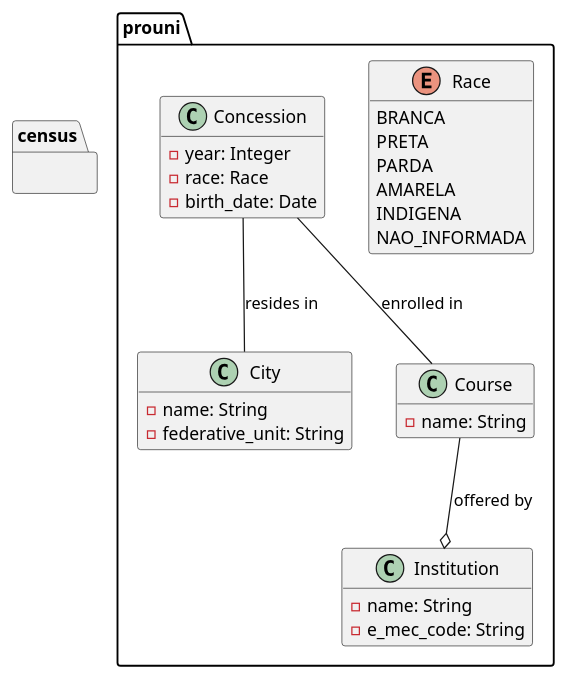
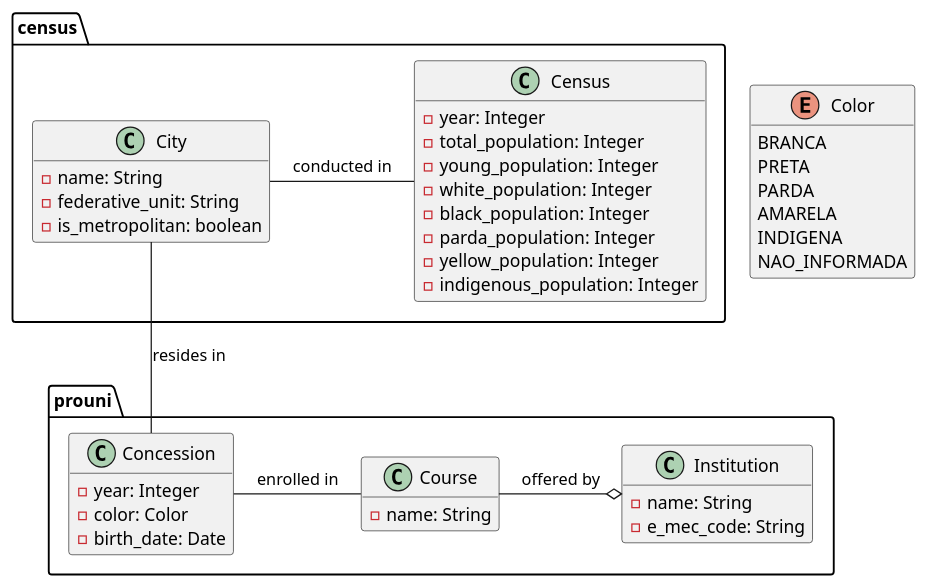
Before and after one commit to TortinhasQuixotescas/dcc166_trabalho_3: the diagram in database/class_diagram.plantuml, drawn with PlantUML. The commit also changed 5 other files, not shown here.

```diff
--- a/database/class_diagram.plantuml
+++ b/database/class_diagram.plantuml
@@ -1,48 +1,58 @@
 @startuml bakery
 
 hide empty members
 
+namespace census {
+
+    class City {
+        - name: String
+        - federative_unit: String
+        - is_metropolitan: boolean
+    }
+
+    class Census{
+        - year: Integer
+        - total_population: Integer
+        - young_population: Integer
+        - white_population: Integer
+        - black_population: Integer
+        - parda_population: Integer
+        - yellow_population: Integer
+        - indigenous_population: Integer
+    }
+    Census -l- City : "conducted in"
+
+}
+
+enum Color {
+    BRANCA
+    PRETA
+    PARDA
+    AMARELA
+    INDIGENA
+    NAO_INFORMADA
+}
+
 namespace prouni {
 
-    enum Race {
-        BRANCA
-        PRETA
-        PARDA
-        AMARELA
-        INDIGENA
-        NAO_INFORMADA
-    }
-
-    class City {
-    - name: String
-    - federative_unit: String
-    }
-
     class Institution {
-    - name: String
-    - e_mec_code: String
+        - name: String
+        - e_mec_code: String
     }
 
     class Course {
         - name: String
     }
-    Course --o Institution : "offered by"
+    Course -o Institution : "offered by"
 
     class Concession {
-    - year: Integer
-    - race: Race
-    - birth_date: Date
+        - year: Integer
+        - color: Color
+        - birth_date: Date
     }
-    Concession -- City : "resides in"
-    Concession -- Course : "enrolled in"
+    Concession -u- City : "resides in"
+    Concession - Course : "enrolled in"
 
 }
 
-namespace census {
-
-    
-
-}
-
-
 @enduml
```
